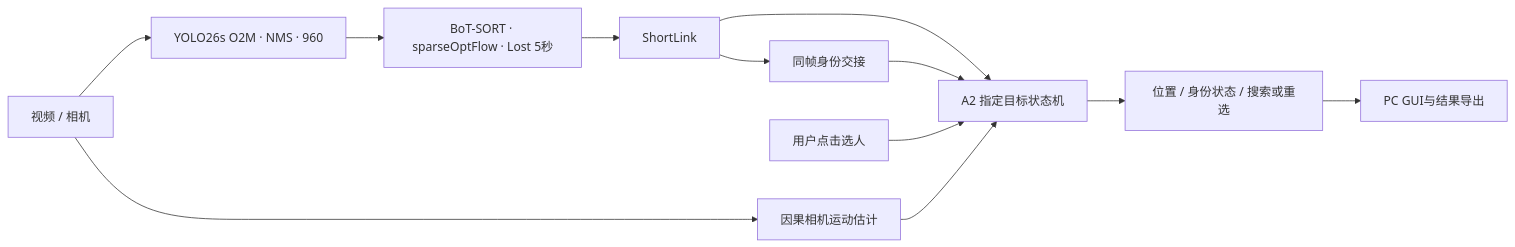
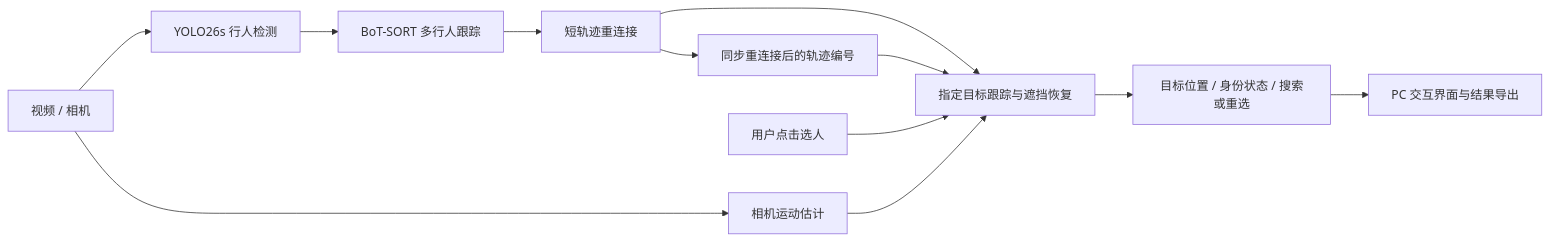
One commit to chenweijun777/selected-person-tracking changed the diagram in README.md. Above: the diagram before and after it, drawn with Mermaid. The commit also changed other lines of this file and 1 other file, not shown here.

````diff
--- a/README.md
+++ b/README.md
@@ -23,14 +23,14 @@
 ```mermaid
 flowchart LR
-    V[视频 / 相机] --> D[YOLO26s O2M · NMS · 960]
-    D --> T[BoT-SORT · sparseOptFlow · Lost 5秒]
-    T --> S[ShortLink]
-    S --> A[A2 指定目标状态机]
-    S --> H[同帧身份交接]
+    V[视频 / 相机] --> D[YOLO26s 行人检测]
+    D --> T[BoT-SORT 多行人跟踪]
+    T --> S[短轨迹重连接]
+    S --> A[指定目标跟踪与遮挡恢复]
+    S --> H[同步重连接后的轨迹编号]
     H --> A
     U[用户点击选人] --> A
-    V --> M[因果相机运动估计]
+    V --> M[相机运动估计]
     M --> A
-    A --> O[位置 / 身份状态 / 搜索或重选]
-    O --> G[PC GUI与结果导出]
+    A --> O[目标位置 / 身份状态 / 搜索或重选]
+    O --> G[PC 交互界面与结果导出]
 ```
````
